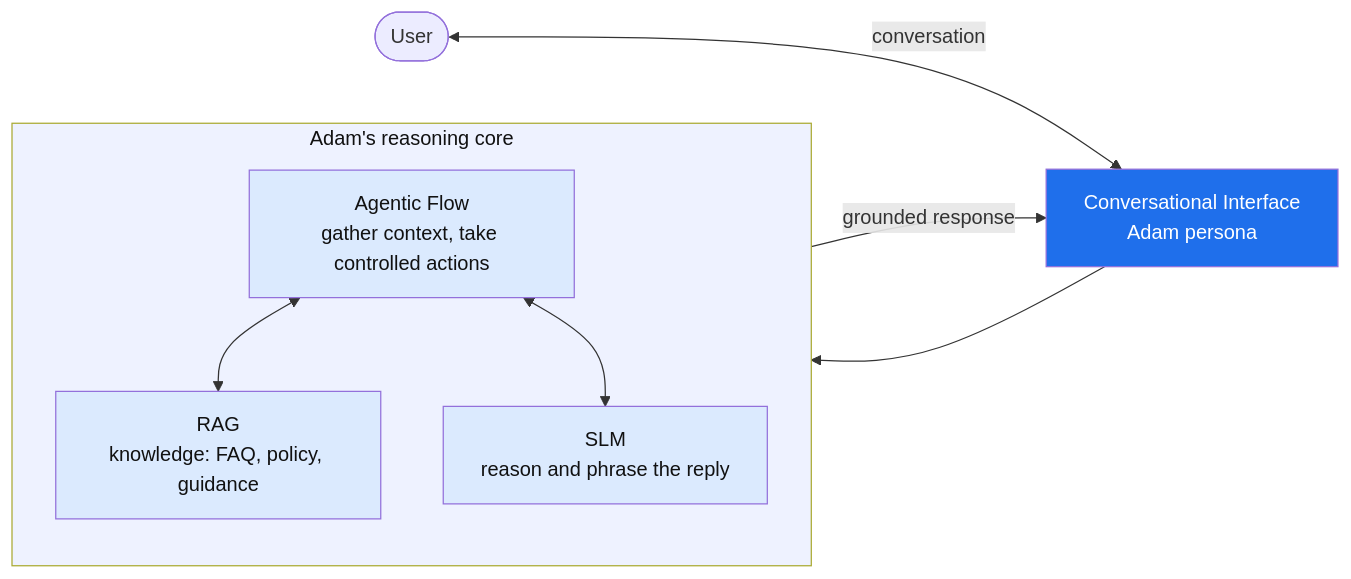
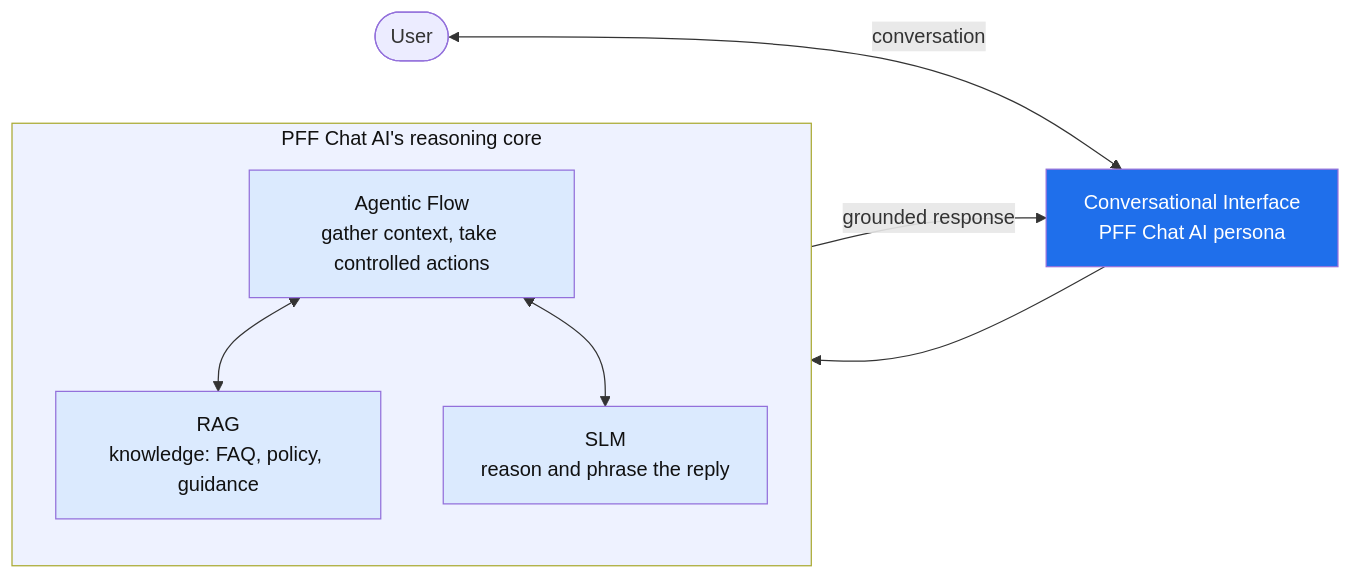
Before and after one commit to gobimca87/PF-FT: the second of 38 diagrams in docs/ppt/c4-architecture-diagrams.md, drawn with Mermaid. The commit also changed other lines of this file and 203 other files, not shown here.

First line of the commit message:
refactor(persona): rename chat persona "Adam AI" to "PFF Chat AI" everywhere

````diff
--- a/docs/ppt/c4-architecture-diagrams.md
+++ b/docs/ppt/c4-architecture-diagrams.md
@@ -142,21 +142,21 @@
 ```mermaid
 flowchart LR
-    U([User]) <-->|conversation| CI[Conversational Interface<br/>Adam persona]
+    U([User]) <-->|conversation| CI[Conversational Interface<br/>PFF Chat AI persona]
 
-    subgraph BRAIN [Adam's reasoning core]
+    subgraph BRAIN [PFF Chat AI's reasoning core]
         direction TB
         AG[Agentic Flow<br/>gather context, take controlled actions]
         RAG[RAG<br/>knowledge: FAQ, policy, guidance]
         SLM[SLM<br/>reason and phrase the reply]
         AG <--> RAG
         AG <--> SLM
     end
 
     CI --> BRAIN
     BRAIN -->|grounded response| CI
     style CI fill:#1f6feb,color:#fff
     style BRAIN fill:#eef2ff,color:#111
     style AG fill:#dbeafe,color:#111
     style RAG fill:#dbeafe,color:#111
     style SLM fill:#dbeafe,color:#111
 ```
````
